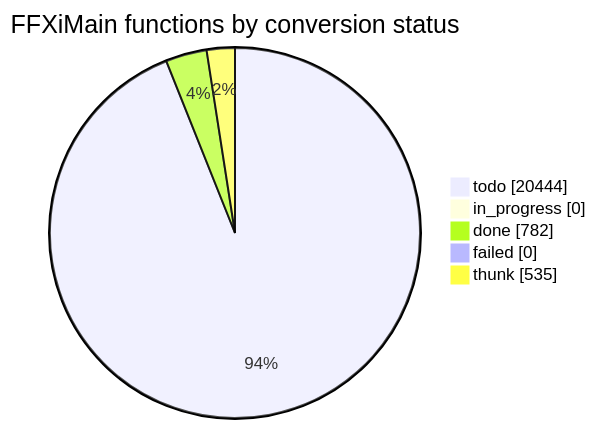
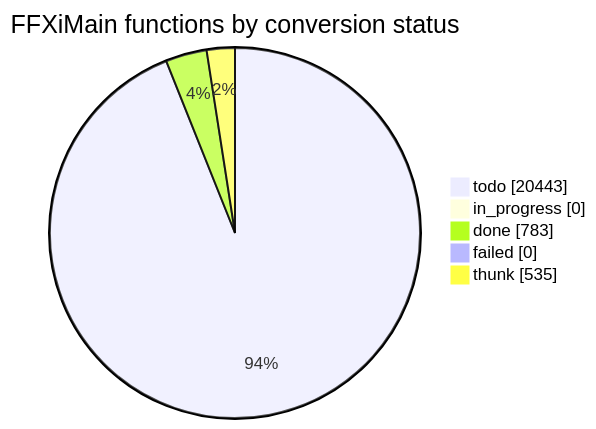
Before and after one commit to cowrevenge/cow_kuluu_xi_anything: the diagram in docs/cow/STATUS.md, drawn with Mermaid. The commit also changed other lines of this file and 9 other files, not shown here.

````diff
--- a/docs/cow/STATUS.md
+++ b/docs/cow/STATUS.md
@@ -18,9 +18,9 @@
 ```mermaid
 pie showData
     title FFXiMain functions by conversion status
-    "todo" : 20444
+    "todo" : 20443
     "in_progress" : 0
-    "done" : 782
+    "done" : 783
     "failed" : 0
     "thunk" : 535
 ```
````
